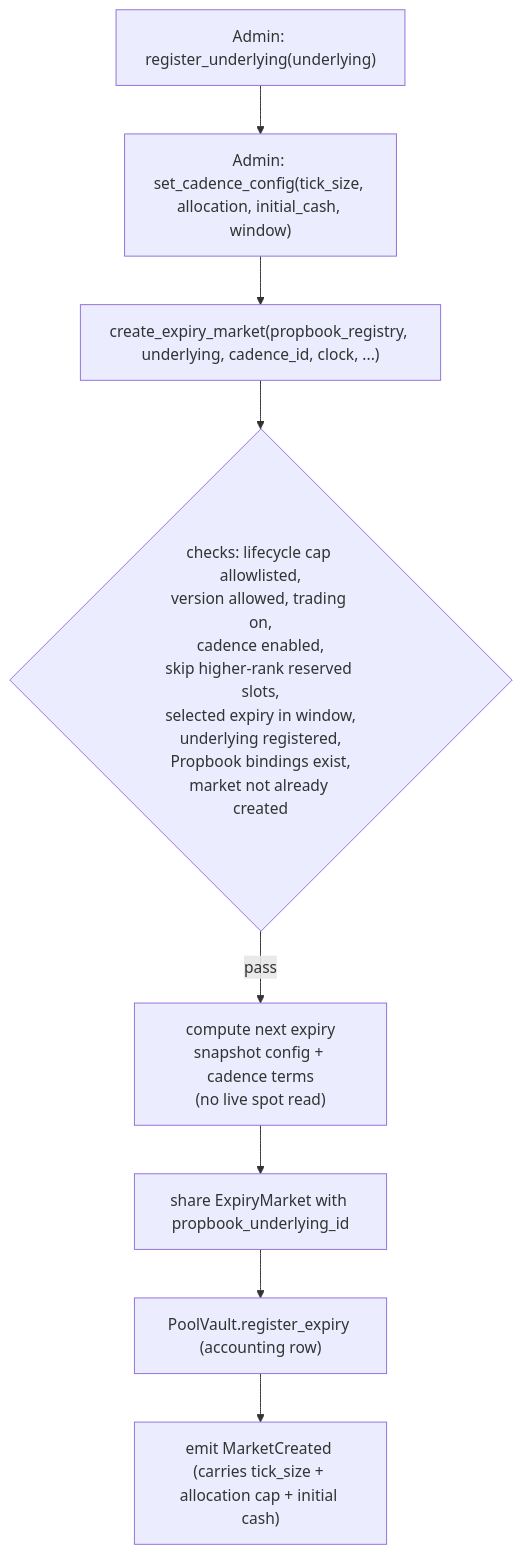
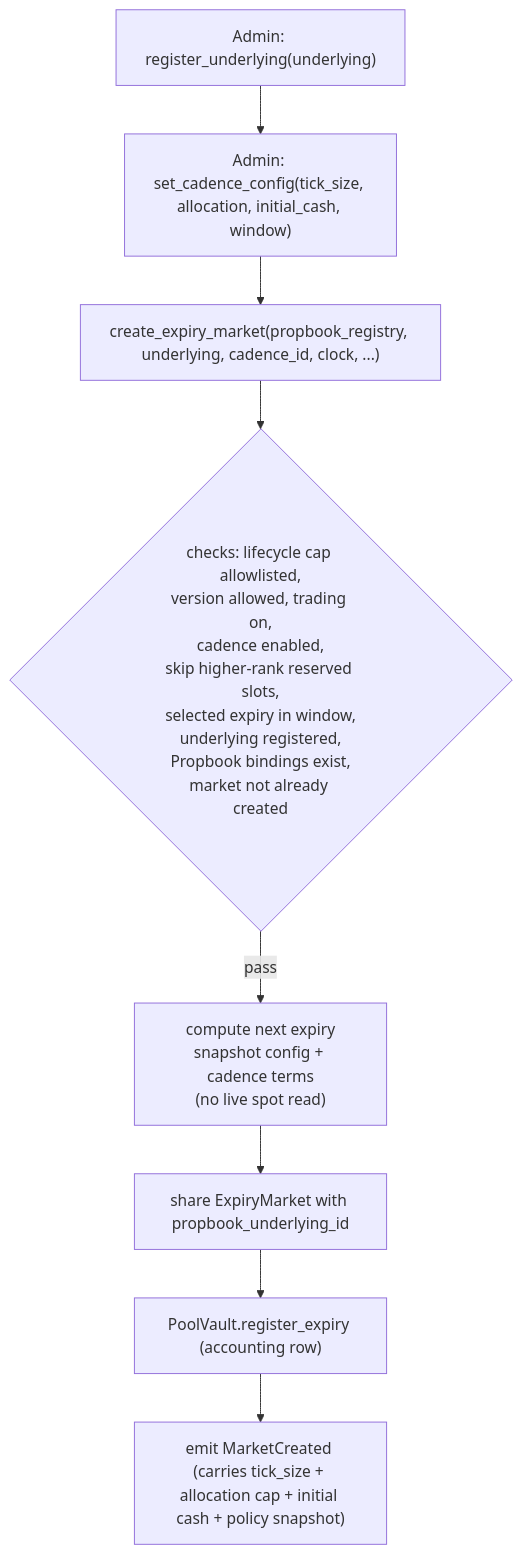
One commit to MystenLabs/deepbookv3 changed the first of 2 diagrams in packages/predict/docs/concepts/markets-and-positions.md. Above: the diagram before and after it, drawn with Mermaid. The commit also changed other lines of this file and 17 other files, not shown here.

````diff
--- a/packages/predict/docs/concepts/markets-and-positions.md
+++ b/packages/predict/docs/concepts/markets-and-positions.md
@@ -26,10 +26,10 @@
 ```mermaid
 flowchart TD
   A["Admin: register_underlying(underlying)"] --> B["Admin: set_cadence_config(tick_size, allocation, initial_cash, window)"]
   B --> C["create_expiry_market(propbook_registry, underlying, cadence_id, clock, ...)"]
   C --> D{"checks: lifecycle cap allowlisted,<br/>version allowed, trading on,<br/>cadence enabled,<br/>skip higher-rank reserved slots,<br/>selected expiry in window,<br/>underlying registered,<br/>Propbook bindings exist,<br/>market not already created"}
   D -->|pass| E["compute next expiry<br/>snapshot config + cadence terms<br/>(no live spot read)"]
   E --> F["share ExpiryMarket with propbook_underlying_id"]
   F --> G["PoolVault.register_expiry (accounting row)"]
-  G --> H["emit MarketCreated (carries tick_size + allocation cap + initial cash)"]
+  G --> H["emit MarketCreated (carries tick_size + allocation cap + initial cash + policy snapshot)"]
 ```
````
